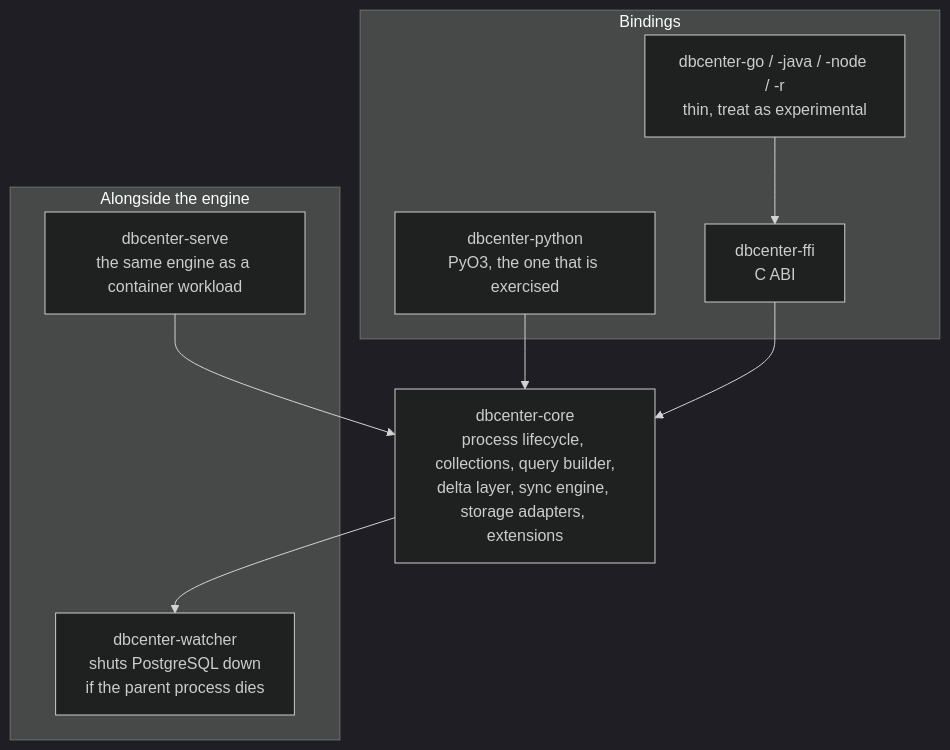
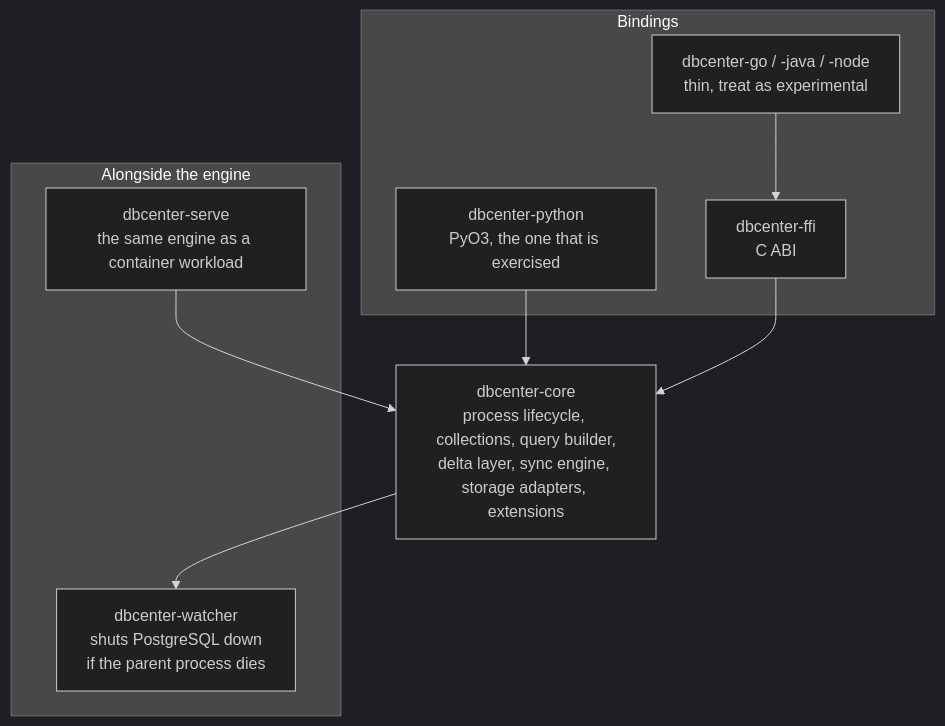
One commit to heyobi/dbcenter changed the fifth of 5 diagrams in README.md. Above: the diagram before and after it, drawn with Mermaid (dark theme). The commit also changed other lines of this file and 1 other file, not shown here.

````diff
--- a/README.md
+++ b/README.md
@@ -363,21 +363,21 @@
 ```mermaid
 flowchart TB
     subgraph bindings["Bindings"]
         py["dbcenter-python<br/>PyO3, the one that is exercised"]
         ffi["dbcenter-ffi<br/>C ABI"]
-        other["dbcenter-go / -java / -node / -r<br/>thin, treat as experimental"]
+        other["dbcenter-go / -java / -node<br/>thin, treat as experimental"]
     end
 
     core["dbcenter-core<br/>process lifecycle, collections, query builder,<br/>delta layer, sync engine, storage adapters, extensions"]
 
     subgraph runtime["Alongside the engine"]
         watcher["dbcenter-watcher<br/>shuts PostgreSQL down<br/>if the parent process dies"]
         serve["dbcenter-serve<br/>the same engine as a container workload"]
     end
 
     py --> core
     ffi --> core
     other --> ffi
     core --> watcher
     serve --> core
 ```
````
